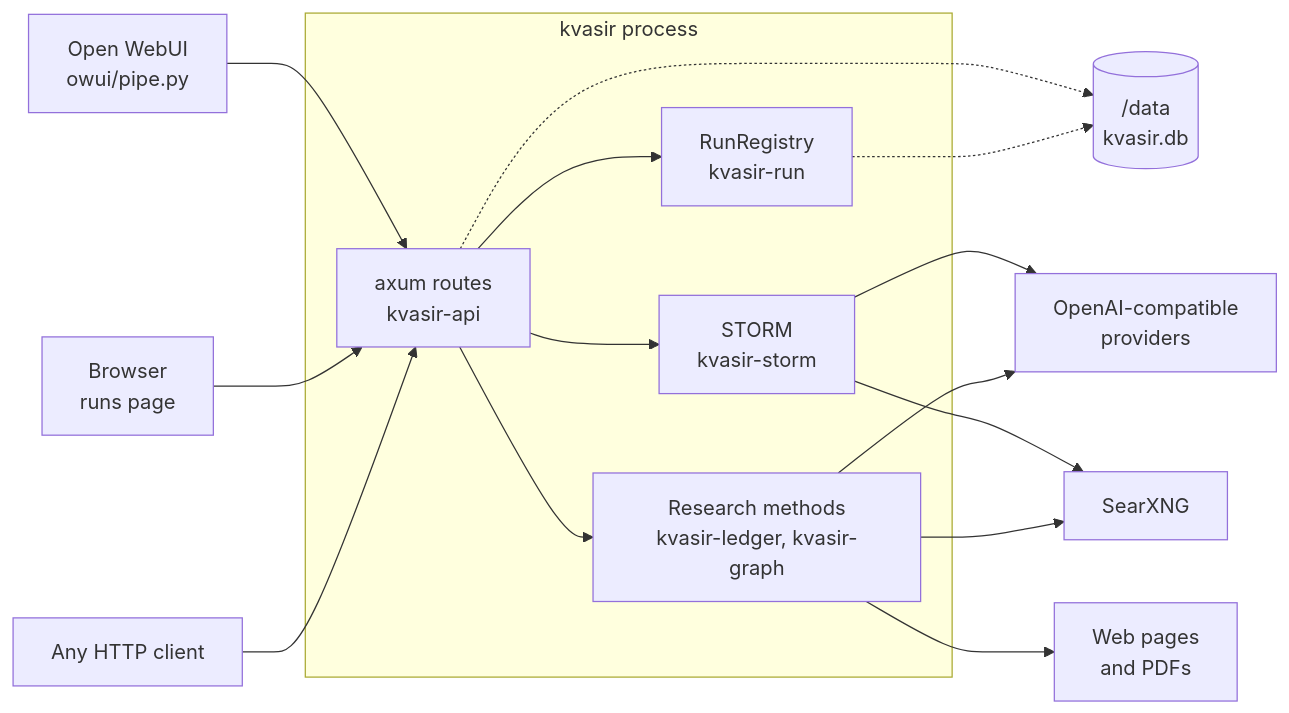
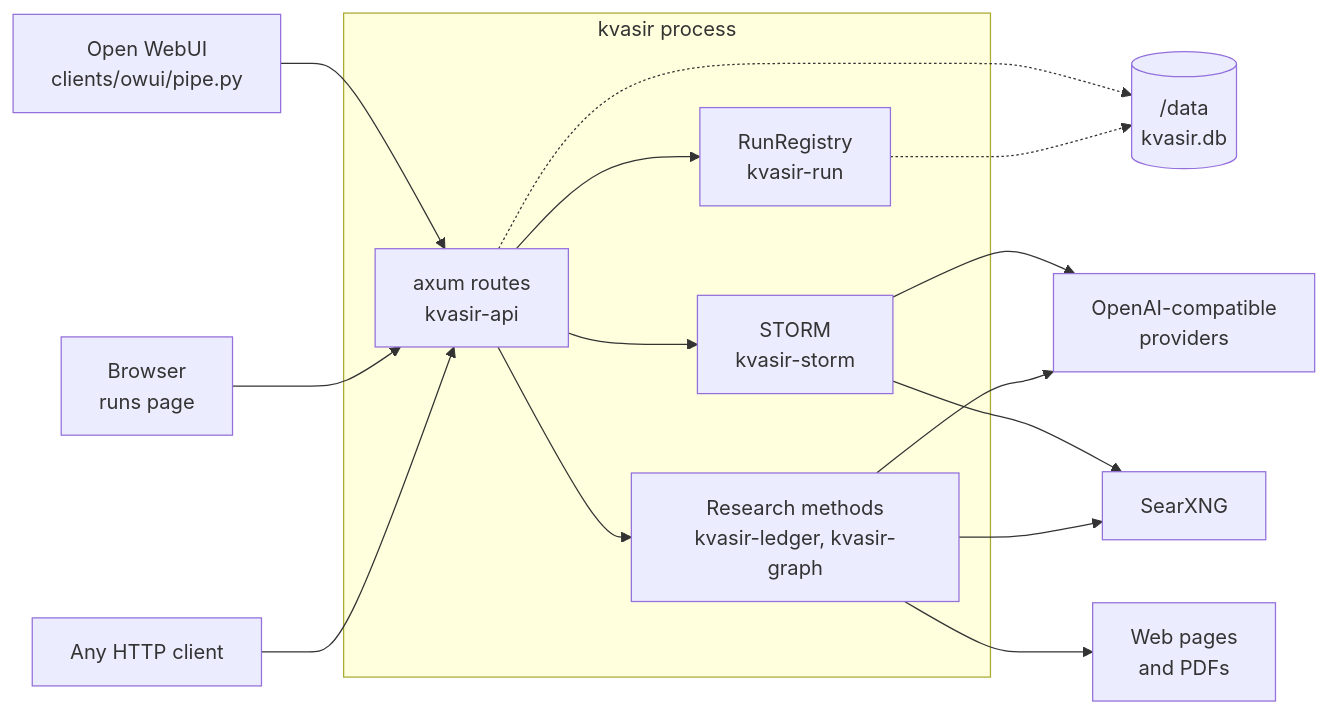
Before and after one commit to brewcoua/kvasir: the first of 5 diagrams in docs/architecture.md, drawn with Mermaid. The commit also changed other lines of this file and 104 other files, not shown here.

First line of the commit message:
refactor: move web and owui under clients/

````diff
--- a/docs/architecture.md
+++ b/docs/architecture.md
@@ -17,32 +17,32 @@
 ```mermaid
 flowchart LR
-    owui["Open WebUI<br/>owui/pipe.py"]
+    owui["Open WebUI<br/>clients/owui/pipe.py"]
     browser["Browser<br/>runs page"]
     curl["Any HTTP client"]
 
     subgraph kvasir["kvasir process"]
         api["axum routes<br/>kvasir-api"]
         registry["RunRegistry<br/>kvasir-run"]
         storm["STORM<br/>kvasir-storm"]
         deep["Research methods<br/>kvasir-ledger, kvasir-graph"]
     end
 
     gateway["OpenAI-compatible<br/>providers"]
     searxng["SearXNG"]
     web["Web pages<br/>and PDFs"]
     data[("/data<br/>kvasir.db")]
 
     owui --> api
     browser --> api
     curl --> api
     api --> registry
     api --> storm
     api --> deep
     storm --> gateway
     storm --> searxng
     deep --> gateway
     deep --> searxng
     deep --> web
     api -.-> data
     registry -.-> data
 ```
````
